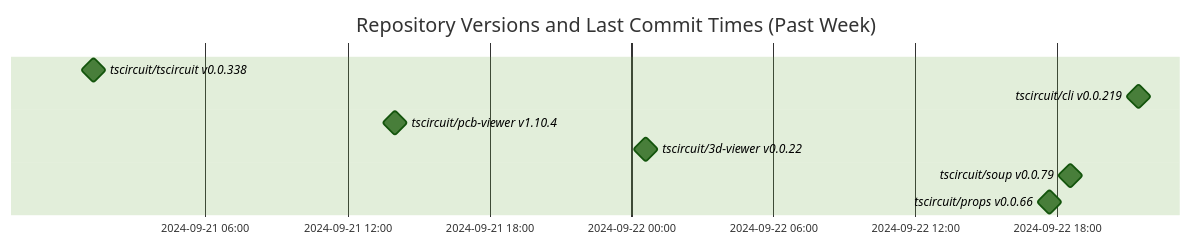
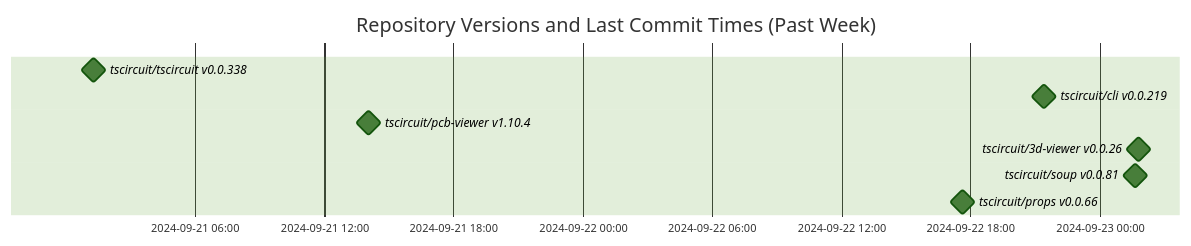
The diagram in README.md (tscircuit/version-tracker), drawn with Mermaid (forest theme) before and after one commit.

Commit message:
Update chart

````diff
--- a/README.md
+++ b/README.md
@@ -1,13 +1,13 @@
 ```mermaid
 gantt
   dateFormat  YYYY-MM-DD HH:mm:ss
   title Repository Versions and Last Commit Times (Past Week)
   axisFormat %Y-%m-%d %H:%M
 
   tscircuit/tscircuit v0.0.338 : milestone, 2024-09-21 01:17:43, 1s
   tscircuit/cli v0.0.219 : milestone, 2024-09-22 21:24:48, 1s
   tscircuit/pcb-viewer v1.10.4 : milestone, 2024-09-21 14:02:34, 1s
-  tscircuit/3d-viewer v0.0.22 : milestone, 2024-09-22 00:35:36, 1s
-  tscircuit/soup v0.0.79 : milestone, 2024-09-22 18:31:50, 1s
+  tscircuit/3d-viewer v0.0.26 : milestone, 2024-09-23 01:48:28, 1s
+  tscircuit/soup v0.0.81 : milestone, 2024-09-23 01:38:05, 1s
   tscircuit/props v0.0.66 : milestone, 2024-09-22 17:38:44, 1s
 ```
````
